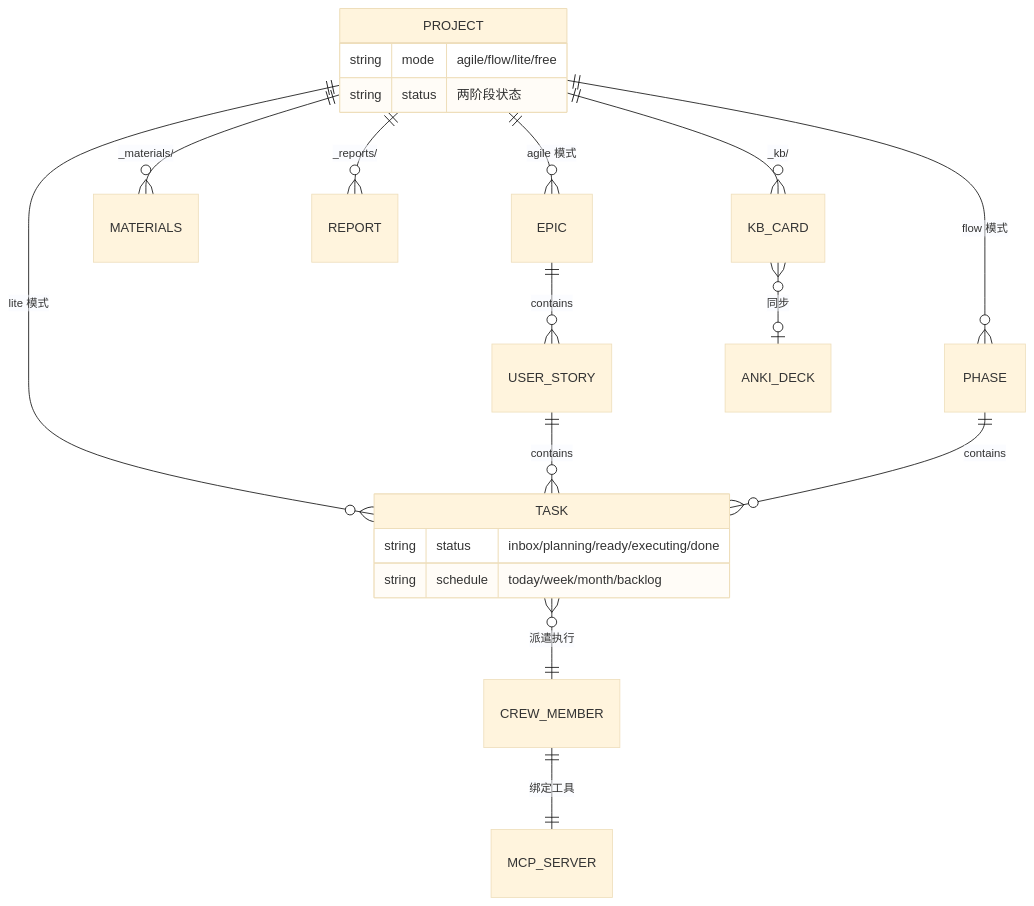
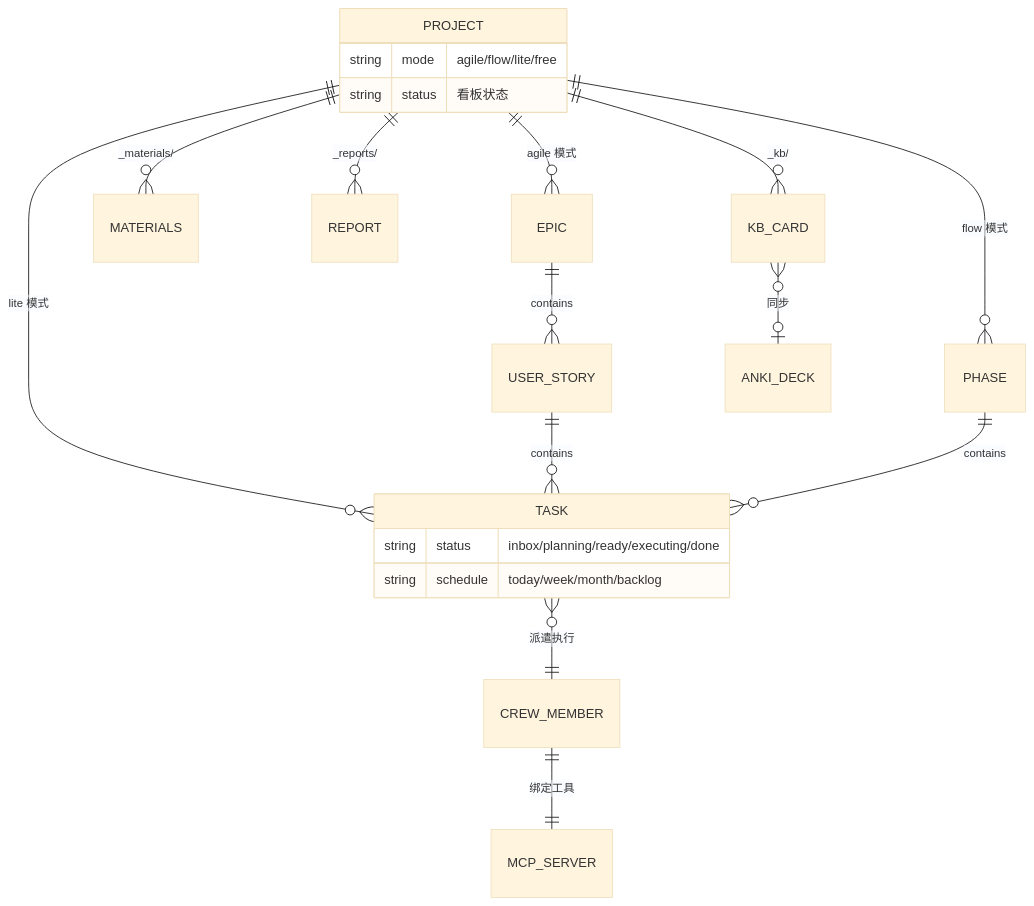
The third of 20 diagrams in docs/focuspilot-ui-features.md (xxlest/FocusPilot), drawn with Mermaid (base theme) before and after one commit. The commit also changed other lines of this file and 4 other files, not shown here.

````diff
--- a/docs/focuspilot-ui-features.md
+++ b/docs/focuspilot-ui-features.md
@@ -114,23 +114,23 @@
 ```mermaid
 erDiagram
     PROJECT ||--o{ EPIC : "agile 模式"
     PROJECT ||--o{ PHASE : "flow 模式"
     PROJECT ||--o{ TASK : "lite 模式"
     EPIC ||--o{ USER_STORY : contains
     USER_STORY ||--o{ TASK : contains
     PHASE ||--o{ TASK : contains
     TASK }o--|| CREW_MEMBER : "派遣执行"
     CREW_MEMBER ||--|| MCP_SERVER : "绑定工具"
     PROJECT ||--o{ MATERIALS : "_materials/"
     PROJECT ||--o{ REPORT : "_reports/"
     PROJECT ||--o{ KB_CARD : "_kb/"
     KB_CARD }o--o| ANKI_DECK : "同步"
     TASK {
         string status "inbox/planning/ready/executing/done"
         string schedule "today/week/month/backlog"
     }
     PROJECT {
         string mode "agile/flow/lite/free"
-        string status "两阶段状态"
+        string status "看板状态"
     }
 ```
````
